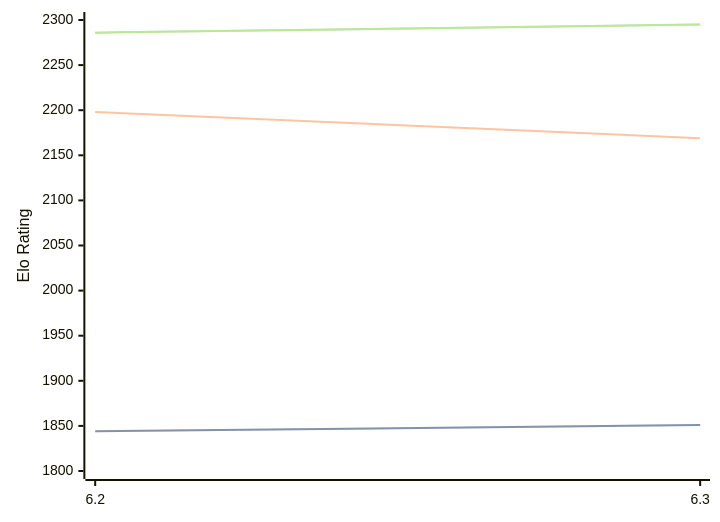
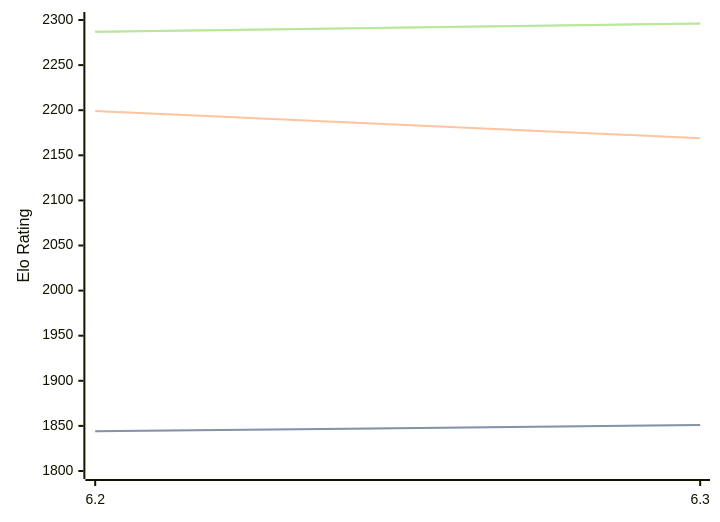
Before and after one commit to computer-chess-index/cci: the diagram in engines/chess4j.md, drawn with Mermaid. The commit also changed other lines of this file, not shown here.

Commit message:
Update CCI Ratings (ELO VLTC) - 2026-07-28

````diff
--- a/engines/chess4j.md
+++ b/engines/chess4j.md
@@ -38,11 +38,11 @@
 ```mermaid
 %%{init: {"theme":"base","themeVariables":{"seriesColors:['#a3a3a3','#222221','#faa371']}}}%%
 xychart-beta
   x-axis ["6.2", "6.3"]
   y-axis "Elo Rating" 1800 --> 2300
   line "STC (8.0+0.08s)" [1844, 1851]
   line "STC (8.0+0.08s)" [1844, 1851]
-  line "LTC (60.0+0.60s)" [2198, 2169]
-  line "VLTC (2m24s+1.12s)" [2286, 2295]
-  line "VLTC (2m24s+1.12s)" [2286, 2295]
+  line "LTC (60.0+0.60s)" [2199, 2169]
+  line "VLTC (2m24s+1.12s)" [2287, 2296]
+  line "VLTC (2m24s+1.12s)" [2287, 2296]
 ```
````
